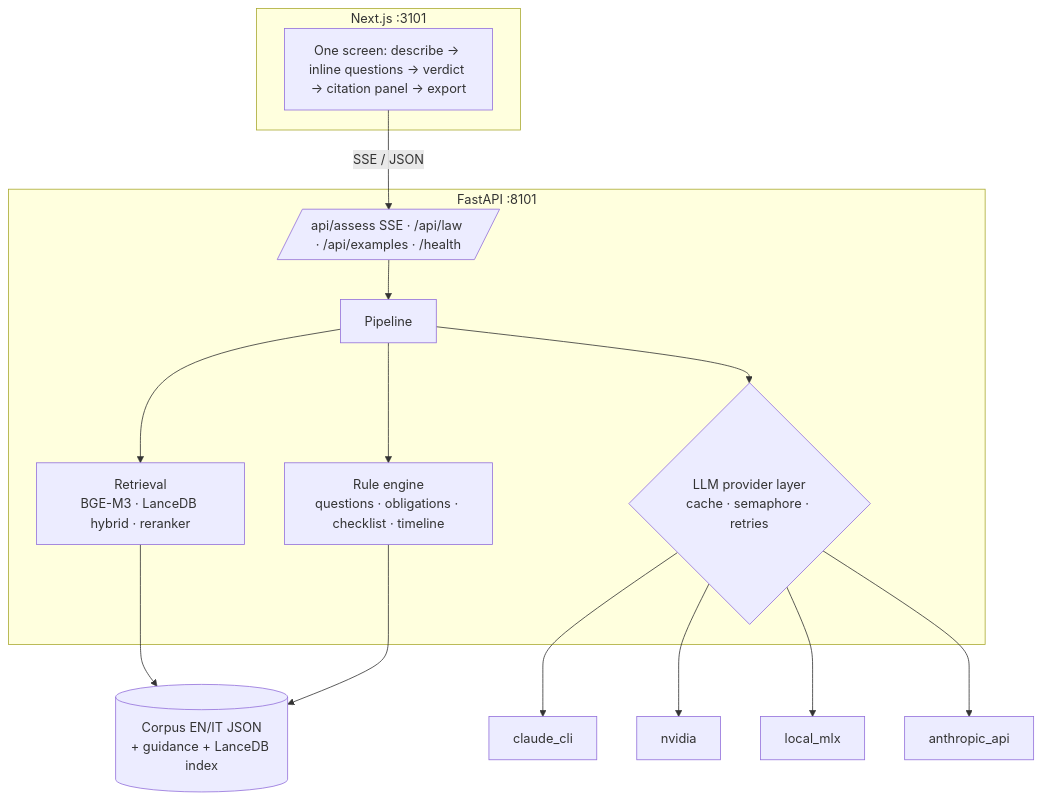
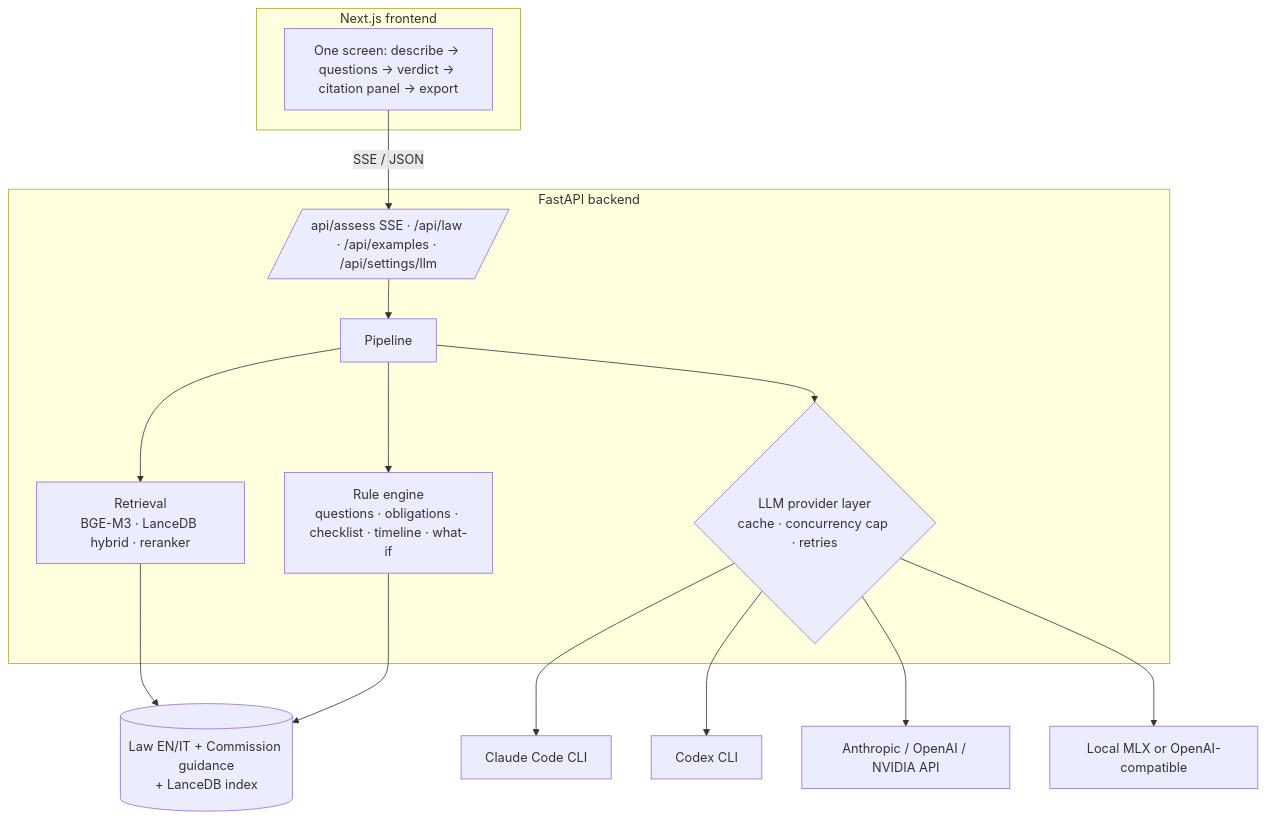
One commit to costanzun/ai-act-checker changed the second of 2 diagrams in README.md. Above: the diagram before and after it, drawn with Mermaid. The commit also changed other lines of this file and 12 other files, not shown here.

````diff
--- a/README.md
+++ b/README.md
@@ -84,19 +66,19 @@
 ```mermaid
 flowchart TB
-  subgraph FE[Next.js :3101]
-    UI[One screen: describe → inline questions → verdict → citation panel → export]
+  subgraph FE[Next.js frontend]
+    UI[One screen: describe → questions → verdict → citation panel → export]
   end
-  subgraph BE[FastAPI :8101]
-    API[/api/assess SSE · /api/law · /api/examples · /health/] --> PL[Pipeline]
-    PL --> ENG[Rule engine<br/>questions · obligations · checklist · timeline]
+  subgraph BE[FastAPI backend]
+    API[/api/assess SSE · /api/law · /api/examples · /api/settings/llm/] --> PL[Pipeline]
+    PL --> ENG[Rule engine<br/>questions · obligations · checklist · timeline · what-if]
     PL --> RET[Retrieval<br/>BGE-M3 · LanceDB hybrid · reranker]
-    PL --> PROV{LLM provider layer<br/>cache · semaphore · retries}
+    PL --> PROV{LLM provider layer<br/>cache · concurrency cap · retries}
   end
   UI -- SSE / JSON --> API
-  PROV --> P1[claude_cli]
-  PROV --> P2[nvidia]
-  PROV --> P3[local_mlx]
-  PROV --> P4[anthropic_api]
-  RET --> C[(Corpus EN/IT JSON<br/>+ guidance + LanceDB index)]
+  PROV --> P1[Claude Code CLI]
+  PROV --> P2[Codex CLI]
+  PROV --> P3[Anthropic / OpenAI / NVIDIA API]
+  PROV --> P4[Local MLX or OpenAI-compatible]
+  RET --> C[(Law EN/IT + Commission guidance<br/>+ LanceDB index)]
   ENG --> C
 ```
````
